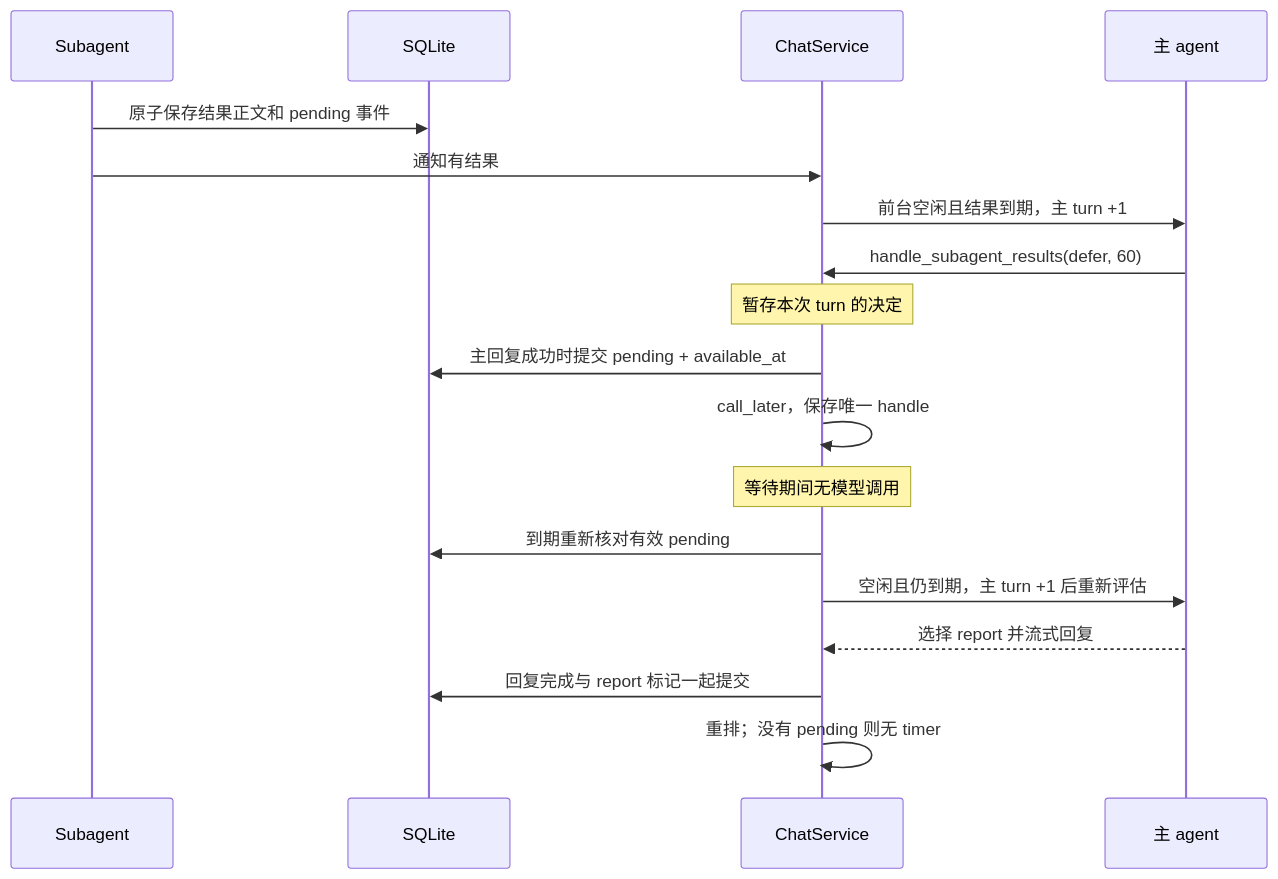
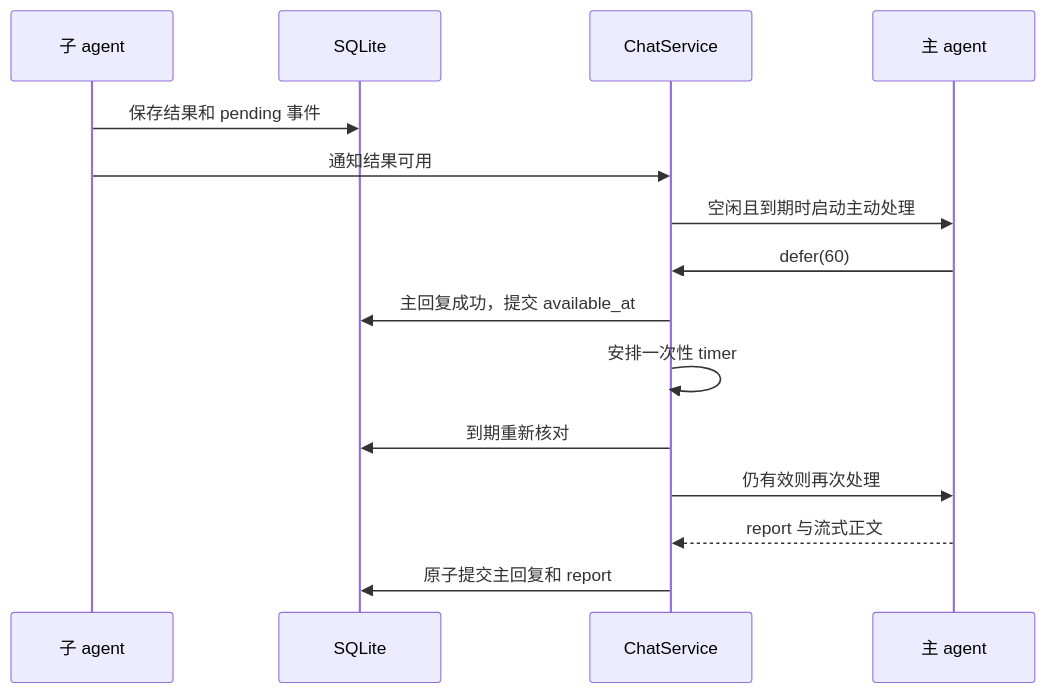
One commit to yichenj/olivia-lin-desktop-pet changed the second of 2 diagrams in docs/AGENT_ARCHITECTURE.md. Above: the diagram before and after it, drawn with Mermaid. The commit also changed other lines of this file and 26 other files, not shown here.

````diff
--- a/docs/AGENT_ARCHITECTURE.md
+++ b/docs/AGENT_ARCHITECTURE.md
@@ -279,20 +143,17 @@
 ```mermaid
 sequenceDiagram
-    participant S as Subagent
+    participant Worker as 子 agent
     participant DB as SQLite
-    participant R as ChatService
-    participant M as 主 agent
-    S->>DB: 原子保存结果正文和 pending 事件
-    S->>R: 通知有结果
-    R->>M: 前台空闲且结果到期，主 turn +1
-    M->>R: handle_subagent_results(defer, 60)
-    Note over R: 暂存本次 turn 的决定
-    R->>DB: 主回复成功时提交 pending + available_at
-    R->>R: call_later，保存唯一 handle
-    Note over R: 等待期间无模型调用
-    R->>DB: 到期重新核对有效 pending
-    R->>M: 空闲且仍到期，主 turn +1 后重新评估
-    M-->>R: 选择 report 并流式回复
-    R->>DB: 回复完成与 report 标记一起提交
-    R->>R: 重排；没有 pending 则无 timer
+    participant Service as ChatService
+    participant Main as 主 agent
+    Worker->>DB: 保存结果和 pending 事件
+    Worker->>Service: 通知结果可用
+    Service->>Main: 空闲且到期时启动主动处理
+    Main->>Service: defer(60)
+    Service->>DB: 主回复成功，提交 available_at
+    Service->>Service: 安排一次性 timer
+    Service->>DB: 到期重新核对
+    Service->>Main: 仍有效则再次处理
+    Main-->>Service: report 与流式正文
+    Service->>DB: 原子提交主回复和 report
 ```
````
